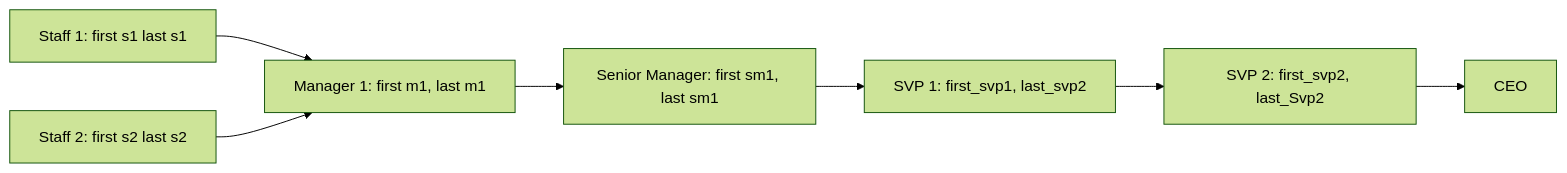
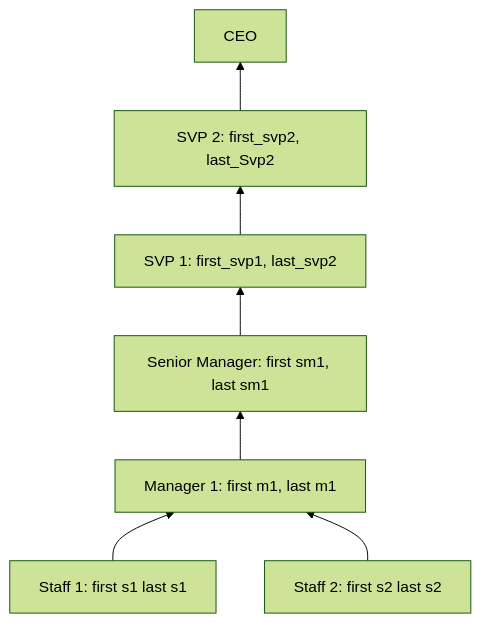
The fourth of 5 diagrams in README.md (charles-cai/stable-diffusion), drawn with Mermaid (forest theme) before and after one commit.

````diff
--- a/README.md
+++ b/README.md
@@ -23,10 +23,10 @@
 ```mermaid
-graph LR;
+graph BT;
 
 STAFF1[Staff 1: first s1 last s1] --> M1[Manager 1: first m1, last m1]
 STAFF2[Staff 2: first s2 last s2] --> M1
 M1 --> SM1[Senior Manager: first sm1, last sm1]
 SM1 --> SVP1[SVP 1: first_svp1, last_svp2]
 SVP1 --> SVP2[SVP 2: first_svp2, last_Svp2]
 SVP2 --> CEO
 ```
````
